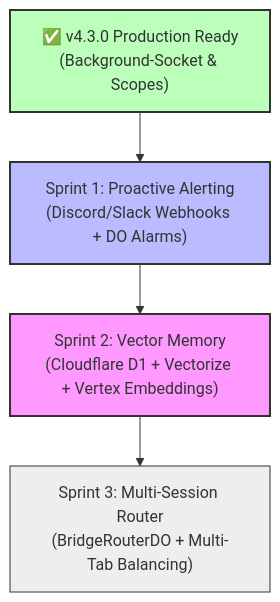
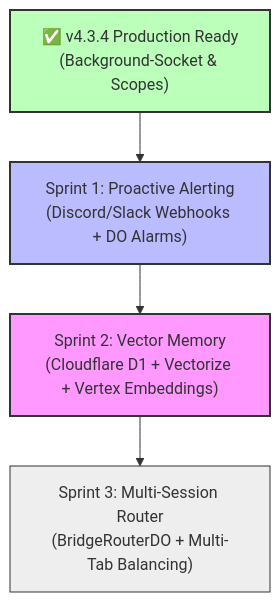
The second of 2 diagrams in HANDOFF.md (pphothidaen/gemini-web-bridge), drawn with Mermaid before and after one commit. The commit also changed other lines of this file and 4 other files, not shown here.

````diff
--- a/HANDOFF.md
+++ b/HANDOFF.md
@@ -417,16 +417,16 @@
 ```mermaid
 flowchart TD
-    Current["✅ v4.3.0 Production Ready<br/>(Background-Socket & Scopes)"]
+    Current["✅ v4.3.4 Production Ready<br/>(Background-Socket & Scopes)"]
     S1["Sprint 1: Proactive Alerting<br/>(Discord/Slack Webhooks + DO Alarms)"]
     S2["Sprint 2: Vector Memory<br/>(Cloudflare D1 + Vectorize + Vertex Embeddings)"]
     S3["Sprint 3: Multi-Session Router<br/>(BridgeRouterDO + Multi-Tab Balancing)"]
 
     Current --> S1
     S1 --> S2
     S2 --> S3
 
     style Current fill:#bfb,stroke:#333,stroke-width:2px
     style S1 fill:#bbf,stroke:#333,stroke-width:2px
     style S2 fill:#f9f,stroke:#333,stroke-width:2px
     style S3 fill:#eee,stroke:#333,stroke-width:1px
 ```
````
